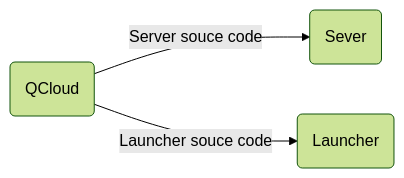
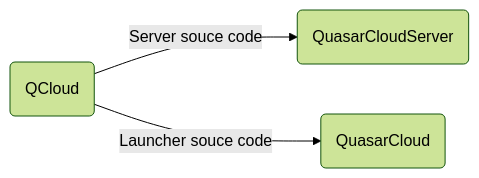
The diagram in README.md (all-creator/QCloud), drawn with Mermaid (forest theme) before and after one commit. The commit also changed other lines of this file and 2 other files, not shown here.

Commit message:
Заканчиваю работу

````diff
--- a/README.md
+++ b/README.md
@@ -14,5 +18,5 @@
 ```mermaid
 graph LR
-QCloud(QCloud) -- Server souce code --> QuasarCloudServer(Sever)
-QCloud -- Launcher souce code--> QuasarCloud(Launcher)
+QCloud(QCloud) -- Server souce code --> Server(QuasarCloudServer)
+QCloud -- Launcher souce code--> Launcher(QuasarCloud)
 ```
````
